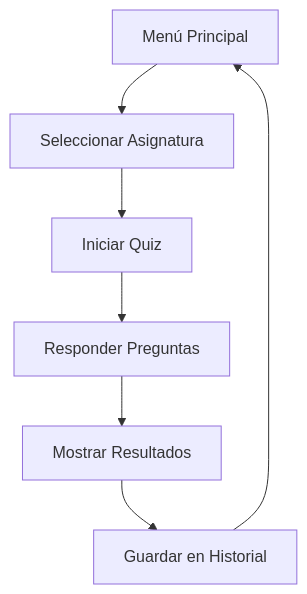
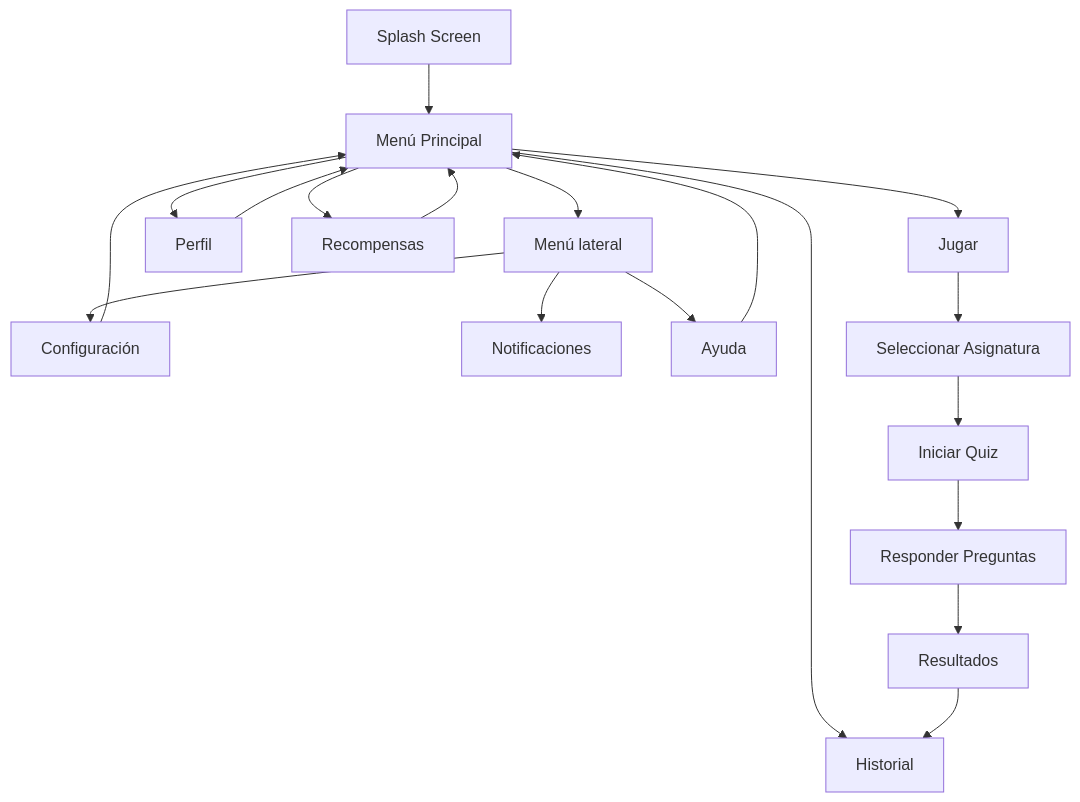
One commit to RenaLG5/StudyPlay changed the diagram in README.md. Above: the diagram before and after it, drawn with Mermaid. The commit also changed other lines of this file and 5 other files, not shown here.

````diff
--- a/README.md
+++ b/README.md
@@ -113,10 +158,27 @@
 ```mermaid
 flowchart TD
-A[Menú Principal] 
-    --> B[Seleccionar Asignatura]
-    B --> C[Iniciar Quiz]
-    C --> D[Responder Preguntas]
-    D --> E[Mostrar Resultados]
-    E --> F[Guardar en Historial]
-    F --> A
+
+
+    A[Splash Screen] --> B[Menú Principal]
+
+    B --> C[Jugar]
+    B --> H[Historial]
+    B --> P[Perfil]
+    B --> R[Recompensas]
+    B --> D[Menú lateral]
+
+    D --> S[Configuración]
+    D --> N[Notificaciones]
+    D --> AY[Ayuda]
+
+    C --> E[Seleccionar Asignatura]
+    E --> F[Iniciar Quiz]
+    F --> G[Responder Preguntas]
+    G --> I[Resultados]
+    I --> H
+
+    R --> B
+    P --> B
+    S --> B
+    AY --> B
 ```
````
